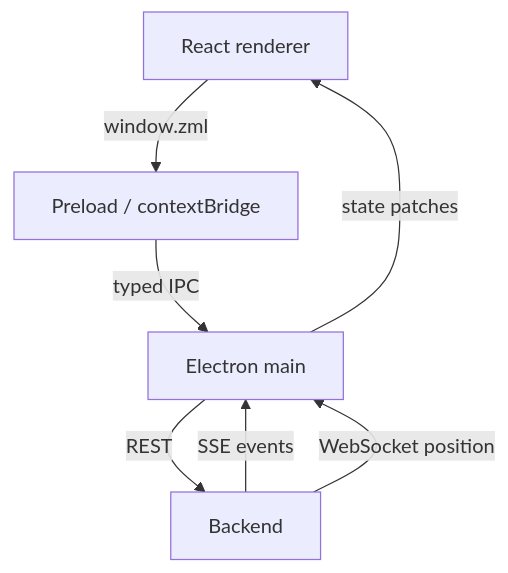
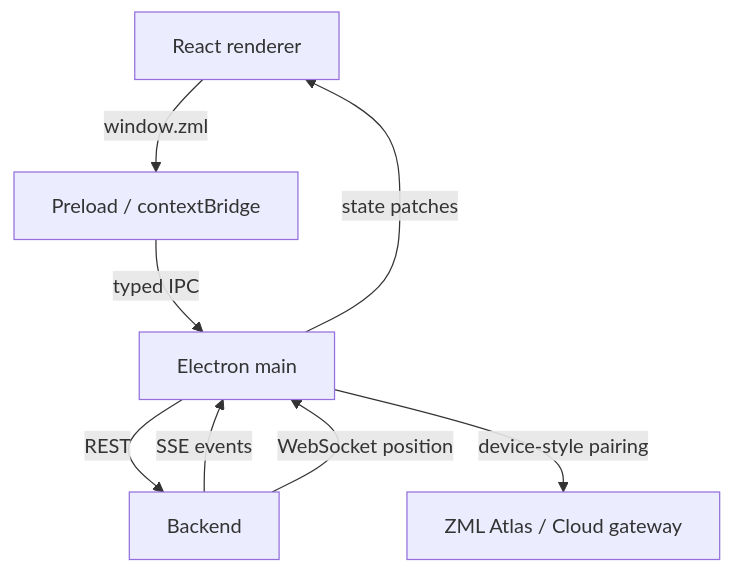
Before and after one commit to PatrykCieszynski/ZML: the first of 3 diagrams in apps/desktop/README.md, drawn with Mermaid. The commit also changed other lines of this file and 24 other files, not shown here.

First line of the commit message:
feat: connect ZML Desktop to ZML Cloud (#58)

````diff
--- a/apps/desktop/README.md
+++ b/apps/desktop/README.md
@@ -7,9 +7,10 @@
 ```mermaid
 flowchart TB
     Renderer[React renderer] -->|window.zml| Preload[Preload / contextBridge]
     Preload -->|typed IPC| Main[Electron main]
     Main -->|REST| Backend[Backend]
     Backend -->|SSE events| Main
     Backend -->|WebSocket position| Main
     Main -->|state patches| Renderer
+    Main -->|device-style pairing| Atlas[ZML Atlas / Cloud gateway]
 ```
````
